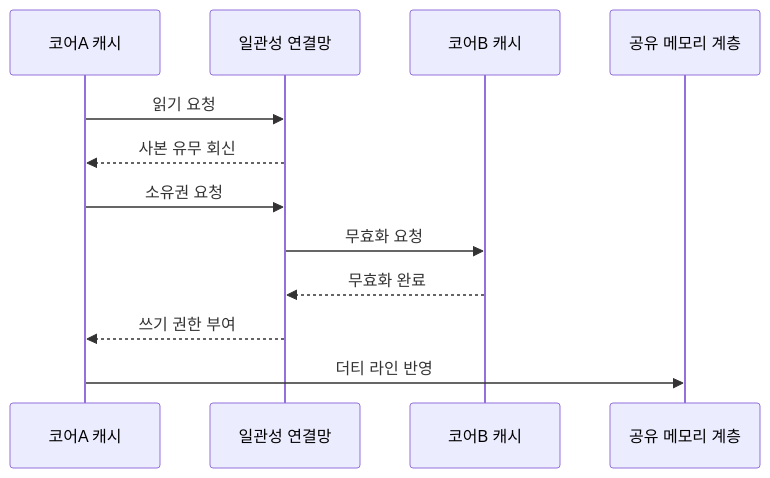
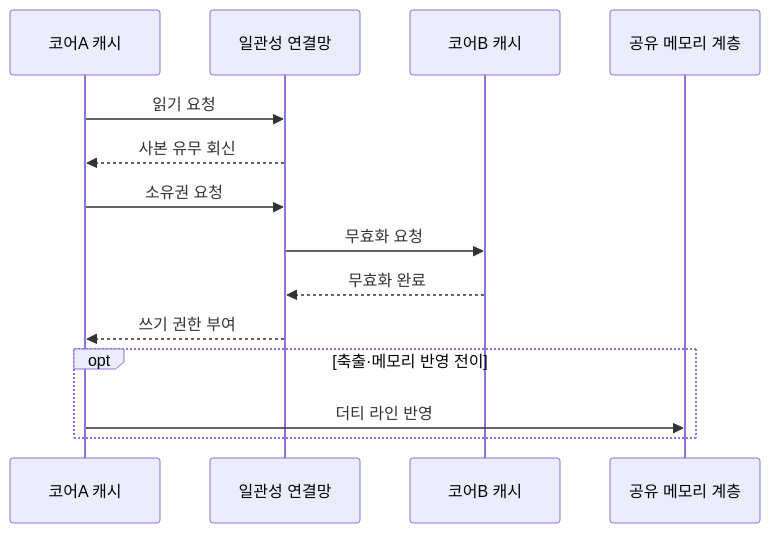
One commit to agnusdei1207/knowledge-base changed the second of 2 diagrams in src/content/docs/notes/02-hardware/014_cache_coherence_protocol.md. Above: the diagram before and after it, drawn with Mermaid. The commit also changed other lines of this file and 7 other files, not shown here.

````diff
--- a/src/content/docs/notes/02-hardware/014_cache_coherence_protocol.md
+++ b/src/content/docs/notes/02-hardware/014_cache_coherence_protocol.md
@@ -89,14 +89,16 @@
 ```mermaid
 sequenceDiagram
     participant A as 코어A 캐시
     participant N as 일관성 연결망
     participant B as 코어B 캐시
     participant M as 공유 메모리 계층
     A->>N: 읽기 요청
     N-->>A: 사본 유무 회신
     A->>N: 소유권 요청
     N->>B: 무효화 요청
     B-->>N: 무효화 완료
     N-->>A: 쓰기 권한 부여
-    A->>M: 더티 라인 반영
+    opt 축출·메모리 반영 전이
+        A->>M: 더티 라인 반영
+    end
 ```
````
